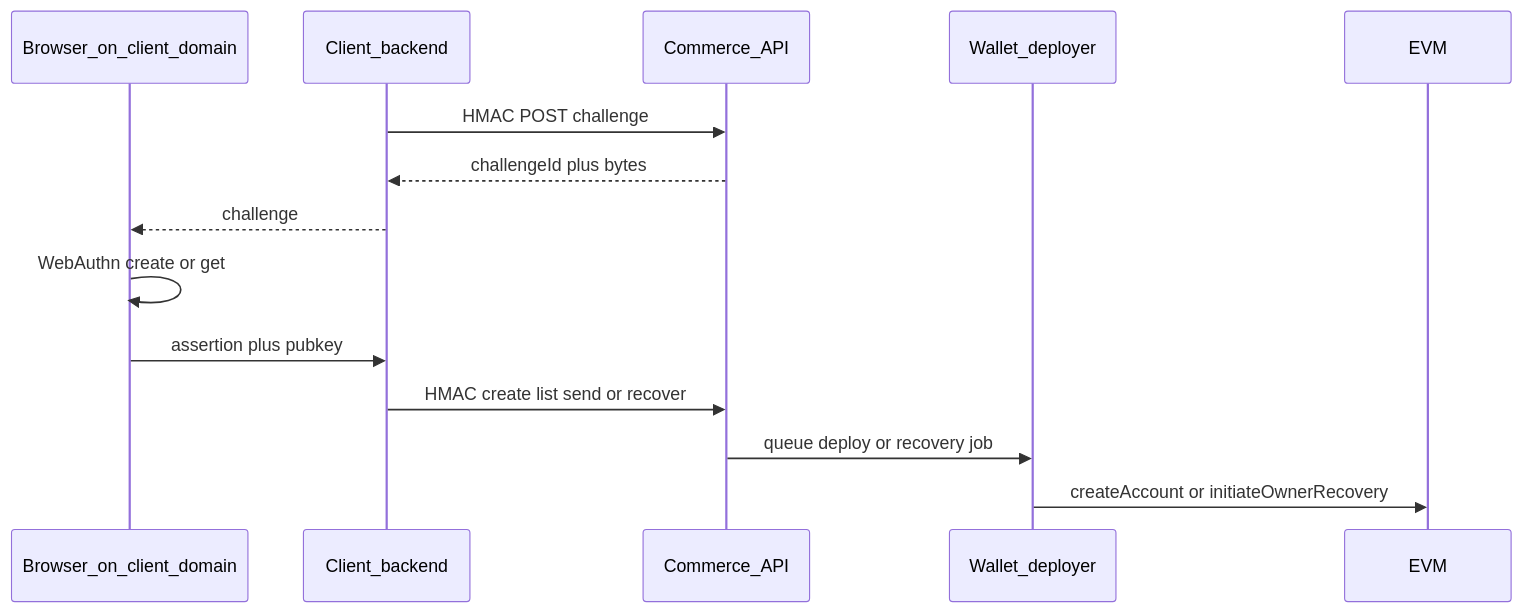
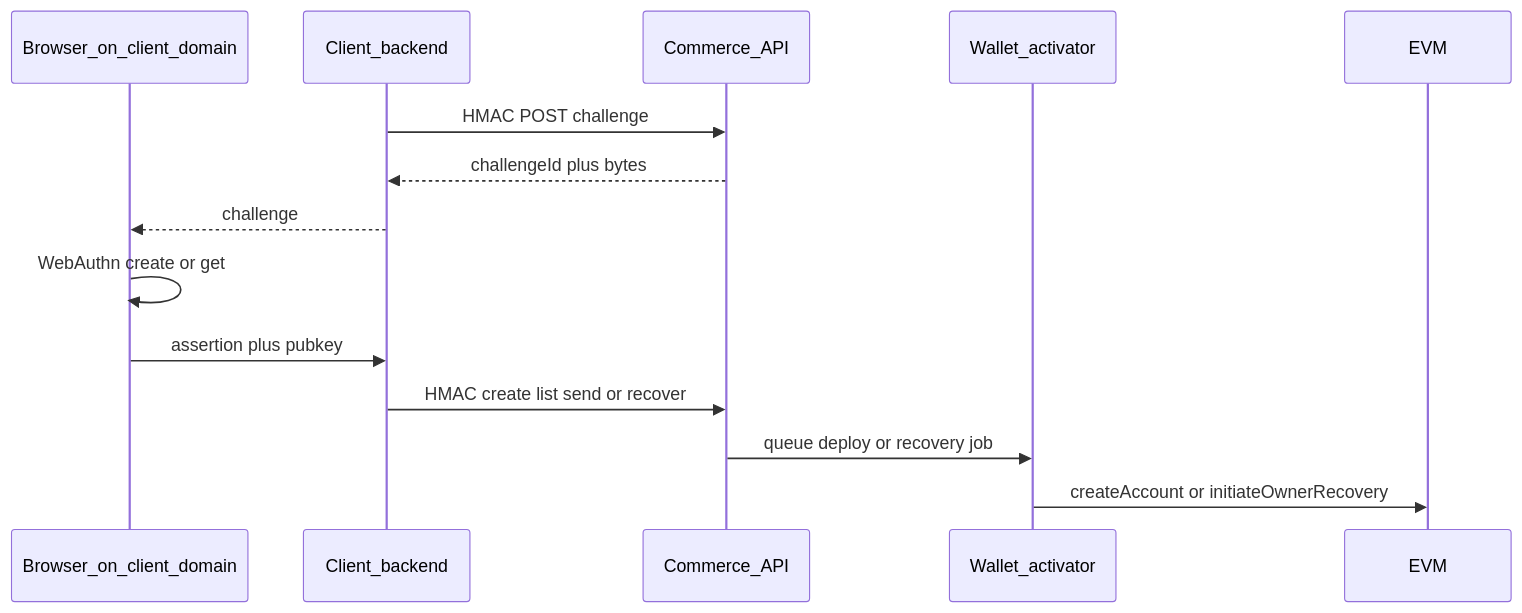
One commit to naiemk/onchain-invoice changed the diagram in docs/wallet-client-api.md. Above: the diagram before and after it, drawn with Mermaid. The commit also changed other lines of this file and 46 other files, not shown here.

````diff
--- a/docs/wallet-client-api.md
+++ b/docs/wallet-client-api.md
@@ -16,17 +16,17 @@
 ```mermaid
 sequenceDiagram
   participant Browser as Browser_on_client_domain
   participant Backend as Client_backend
   participant API as Commerce_API
-  participant Worker as Wallet_deployer
+  participant Worker as Wallet_activator
   participant Chain as EVM
 
   Backend->>API: HMAC POST challenge
   API-->>Backend: challengeId plus bytes
   Backend-->>Browser: challenge
   Browser->>Browser: WebAuthn create or get
   Browser->>Backend: assertion plus pubkey
   Backend->>API: HMAC create list send or recover
   API->>Worker: queue deploy or recovery job
   Worker->>Chain: createAccount or initiateOwnerRecovery
 ```
````
